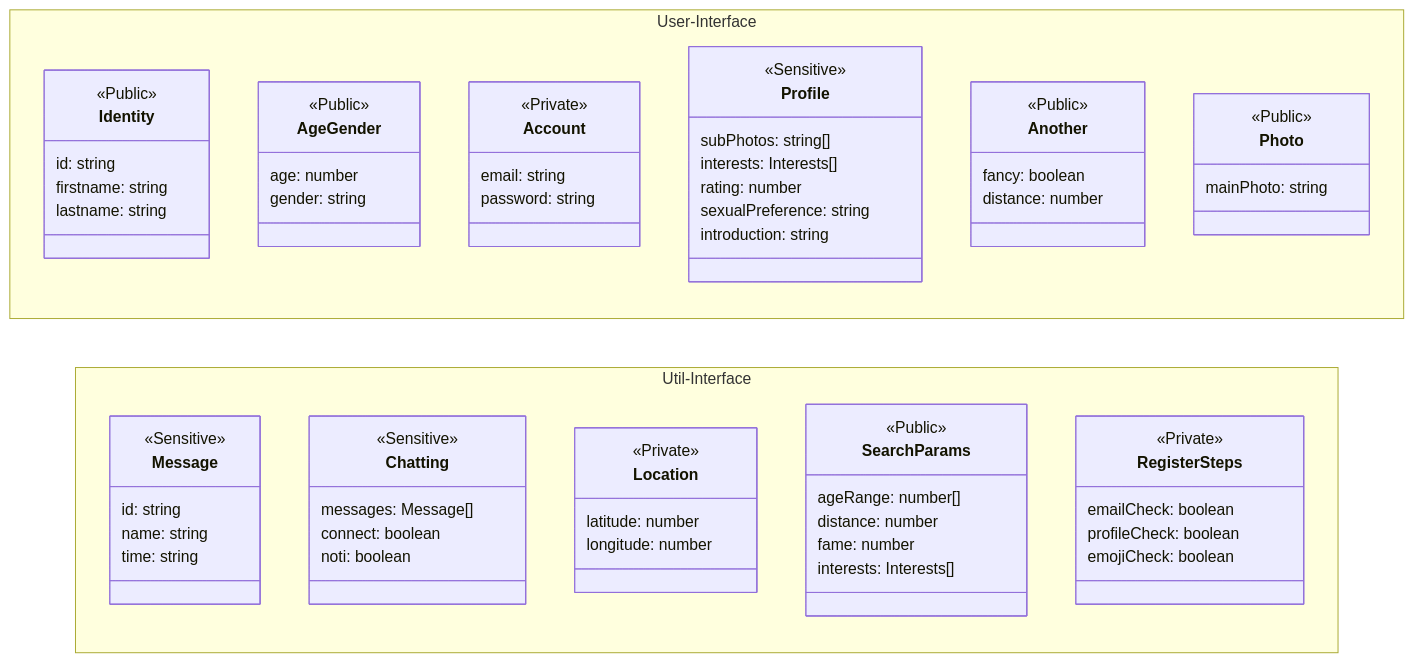
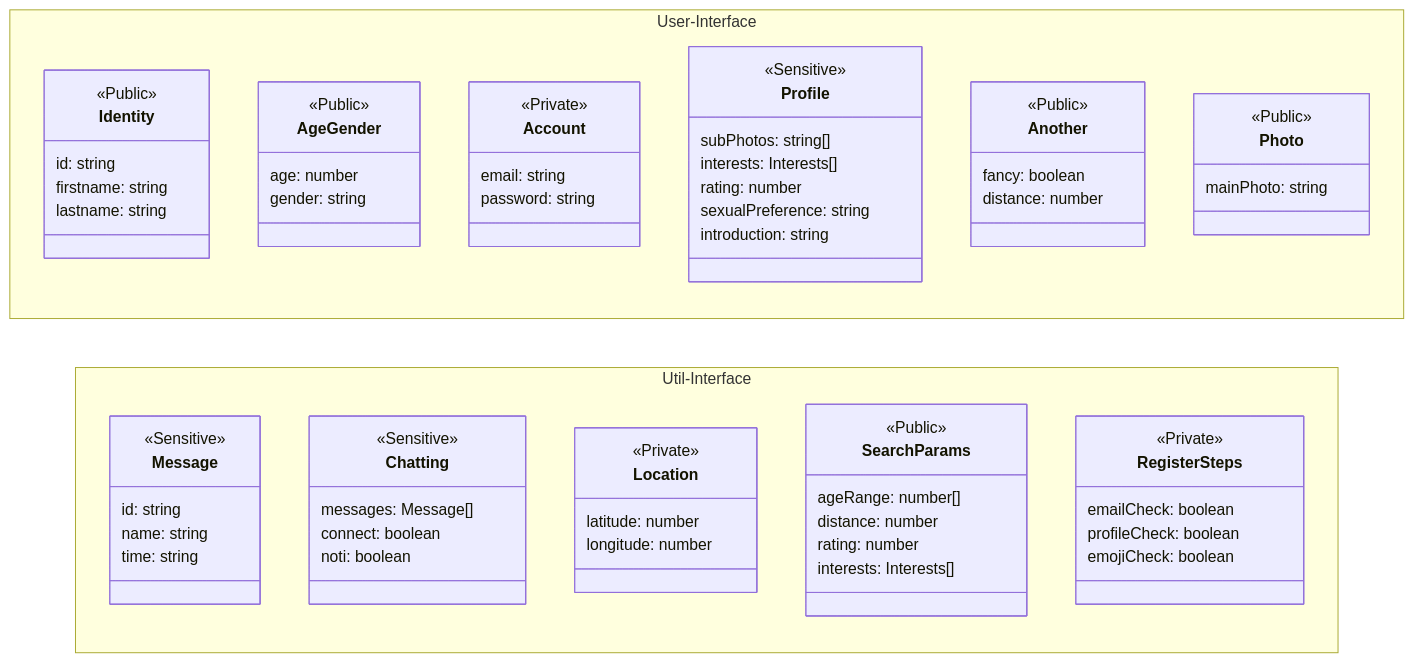
The first of 2 diagrams in app/redux/README.md (42Seoul-Tea42/frontend), drawn with Mermaid before and after one commit. The commit also changed 17 other files, not shown here.

```diff
--- a/app/redux/README.md
+++ b/app/redux/README.md
@@ -112,7 +112,7 @@
         <<Public>>
         ageRange: number[]
         distance: number
-        fame: number
+        rating: number
         interests: Interests[]
     }
 
```
